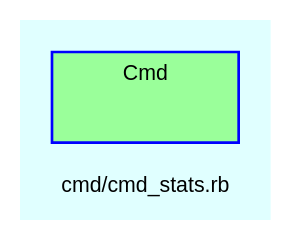
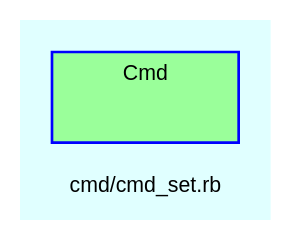
Before and after one commit to Tyche/teensymud: the diagram in doc/dot/f_29.dot, drawn with Graphviz. The commit also changed 121 other files, not shown here.

```diff
--- a/doc/dot/f_29.dot
+++ b/doc/dot/f_29.dot
@@ -1,29 +1,29 @@
 digraph TopLevel {
     compound = true
     bgcolor = lightcyan1
     fontname = Arial
     fontsize = 8
-    label = "cmd/cmd_stats.rb"
+    label = "cmd/cmd_set.rb"
     node [
         fontname = Arial,
         fontsize = 8,
         color = black
     ]
 
     subgraph cluster_Cmd {
         fillcolor = palegreen1
         URL = "classes/Cmd.html"
         fontname = Arial
         color = blue
         label = "Cmd"
         style = filled
         Cmd [
             shape = plaintext,
             height = 0.01,
             width = 0.75,
             label = ""
         ]
 
     }
 
 }
```
